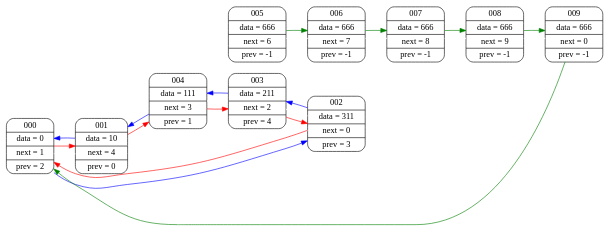
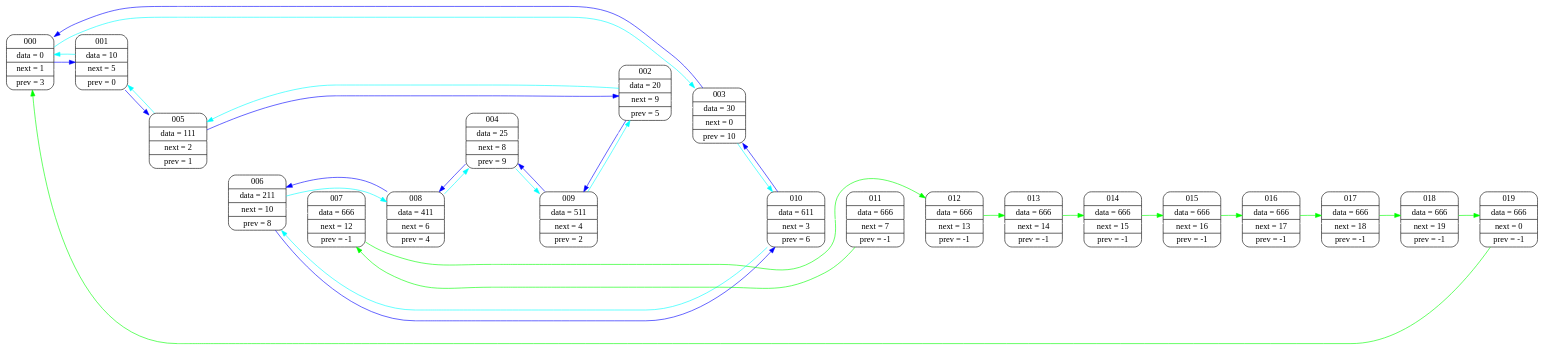
The diagram in graphviz/dump.dot (daniilgriga/List), drawn with Graphviz before and after one commit. The commit also changed 13 other files, not shown here.

```diff
--- a/graphviz/dump.dot
+++ b/graphviz/dump.dot
@@ -1,49 +1,94 @@
 digraph
 {
 rankdir = "LR";
-node000 [shape=Mrecord; label = "  000 | data =   0 | next =   1 | prev =   2  "];
-node001 [shape=Mrecord; label = "  001 | data =  10 | next =   4 | prev =   0  "];
-node002 [shape=Mrecord; label = "  002 | data = 311 | next =   0 | prev =   3  "];
-node003 [shape=Mrecord; label = "  003 | data = 211 | next =   2 | prev =   4  "];
-node004 [shape=Mrecord; label = "  004 | data = 111 | next =   3 | prev =   1  "];
-node005 [shape=Mrecord; label = "  005 | data = 666 | next =   6 | prev =  -1  "];
-node006 [shape=Mrecord; label = "  006 | data = 666 | next =   7 | prev =  -1  "];
-node007 [shape=Mrecord; label = "  007 | data = 666 | next =   8 | prev =  -1  "];
-node008 [shape=Mrecord; label = "  008 | data = 666 | next =   9 | prev =  -1  "];
-node009 [shape=Mrecord; label = "  009 | data = 666 | next =   0 | prev =  -1  "];
+node000 [shape=Mrecord; label = "  000 | data =   0 | next =   1 | prev =   3  "];
+node001 [shape=Mrecord; label = "  001 | data =  10 | next =   5 | prev =   0  "];
+node002 [shape=Mrecord; label = "  002 | data =  20 | next =   9 | prev =   5  "];
+node003 [shape=Mrecord; label = "  003 | data =  30 | next =   0 | prev =  10  "];
+node004 [shape=Mrecord; label = "  004 | data =  25 | next =   8 | prev =   9  "];
+node005 [shape=Mrecord; label = "  005 | data = 111 | next =   2 | prev =   1  "];
+node006 [shape=Mrecord; label = "  006 | data = 211 | next =  10 | prev =   8  "];
+node007 [shape=Mrecord; label = "  007 | data = 666 | next =  12 | prev =  -1  "];
+node008 [shape=Mrecord; label = "  008 | data = 411 | next =   6 | prev =   4  "];
+node009 [shape=Mrecord; label = "  009 | data = 511 | next =   4 | prev =   2  "];
+node010 [shape=Mrecord; label = "  010 | data = 611 | next =   3 | prev =   6  "];
+node011 [shape=Mrecord; label = "  011 | data = 666 | next =   7 | prev =  -1  "];
+node012 [shape=Mrecord; label = "  012 | data = 666 | next =  13 | prev =  -1  "];
+node013 [shape=Mrecord; label = "  013 | data = 666 | next =  14 | prev =  -1  "];
+node014 [shape=Mrecord; label = "  014 | data = 666 | next =  15 | prev =  -1  "];
+node015 [shape=Mrecord; label = "  015 | data = 666 | next =  16 | prev =  -1  "];
+node016 [shape=Mrecord; label = "  016 | data = 666 | next =  17 | prev =  -1  "];
+node017 [shape=Mrecord; label = "  017 | data = 666 | next =  18 | prev =  -1  "];
+node018 [shape=Mrecord; label = "  018 | data = 666 | next =  19 | prev =  -1  "];
+node019 [shape=Mrecord; label = "  019 | data = 666 | next =   0 | prev =  -1  "];
 
 node000 -> node001 [ weight=1000; color=white; ];
 node001 -> node002 [ weight=1000; color=white; ];
 node002 -> node003 [ weight=1000; color=white; ];
 node003 -> node004 [ weight=1000; color=white; ];
 node004 -> node005 [ weight=1000; color=white; ];
 node005 -> node006 [ weight=1000; color=white; ];
 node006 -> node007 [ weight=1000; color=white; ];
 node007 -> node008 [ weight=1000; color=white; ];
 node008 -> node009 [ weight=1000; color=white; ];
-node000 -> node001 [ color=red; ]
+node009 -> node010 [ weight=1000; color=white; ];
+node010 -> node011 [ weight=1000; color=white; ];
+node011 -> node012 [ weight=1000; color=white; ];
+node012 -> node013 [ weight=1000; color=white; ];
+node013 -> node014 [ weight=1000; color=white; ];
+node014 -> node015 [ weight=1000; color=white; ];
+node015 -> node016 [ weight=1000; color=white; ];
+node016 -> node017 [ weight=1000; color=white; ];
+node017 -> node018 [ weight=1000; color=white; ];
+node018 -> node019 [ weight=1000; color=white; ];
+node000 -> node001 [ color="#0000FF"; ]
 
-node000 -> node002 [ color=blue; ]
-node001 -> node004 [ color=red; ]
+node000 -> node003 [ color="#00FFFF"; ]
+node001 -> node005 [ color="#0000FF"; ]
 
-node001 -> node000 [ color=blue; ]
-node002 -> node000 [ color=red; ]
+node001 -> node000 [ color="#00FFFF"; ]
+node002 -> node009 [ color="#0000FF"; ]
 
-node002 -> node003 [ color=blue; ]
-node003 -> node002 [ color=red; ]
+node002 -> node005 [ color="#00FFFF"; ]
+node003 -> node000 [ color="#0000FF"; ]
 
-node003 -> node004 [ color=blue; ]
-node004 -> node003 [ color=red; ]
+node003 -> node010 [ color="#00FFFF"; ]
+node004 -> node008 [ color="#0000FF"; ]
 
-node004 -> node001 [ color=blue; ]
-node005 -> node006 [ color=green; ]
+node004 -> node009 [ color="#00FFFF"; ]
+node005 -> node002 [ color="#0000FF"; ]
 
-node006 -> node007 [ color=green; ]
+node005 -> node001 [ color="#00FFFF"; ]
+node006 -> node010 [ color="#0000FF"; ]
 
-node007 -> node008 [ color=green; ]
+node006 -> node008 [ color="#00FFFF"; ]
+node007 -> node012 [ color="#00FF00"; ]
 
-node008 -> node009 [ color=green; ]
+node008 -> node006 [ color="#0000FF"; ]
 
-node009 -> node000 [ color=green; ]
+node008 -> node004 [ color="#00FFFF"; ]
+node009 -> node004 [ color="#0000FF"; ]
+
+node009 -> node002 [ color="#00FFFF"; ]
+node010 -> node003 [ color="#0000FF"; ]
+
+node010 -> node006 [ color="#00FFFF"; ]
+node011 -> node007 [ color="#00FF00"; ]
+
+node012 -> node013 [ color="#00FF00"; ]
+
+node013 -> node014 [ color="#00FF00"; ]
+
+node014 -> node015 [ color="#00FF00"; ]
+
+node015 -> node016 [ color="#00FF00"; ]
+
+node016 -> node017 [ color="#00FF00"; ]
+
+node017 -> node018 [ color="#00FF00"; ]
+
+node018 -> node019 [ color="#00FF00"; ]
+
+node019 -> node000 [ color="#00FF00"; ]
 
 }
```
